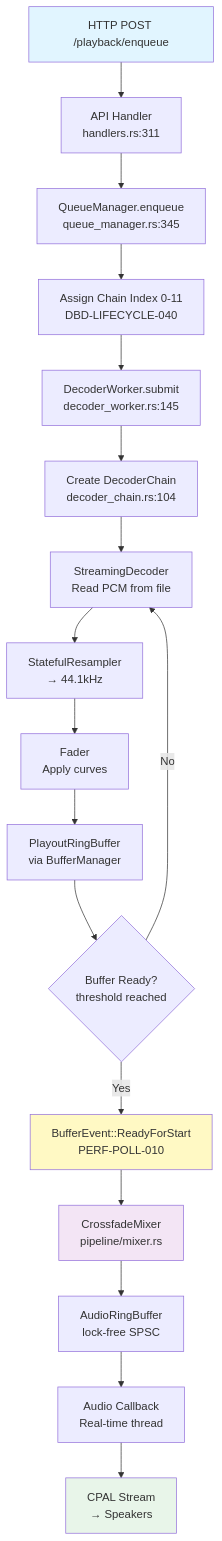
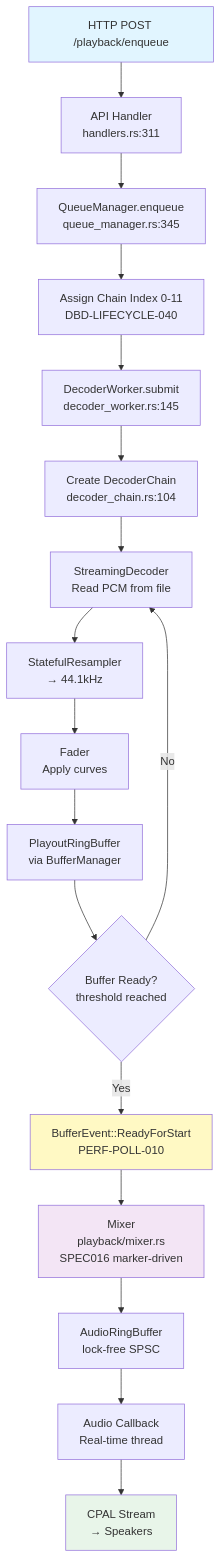
The first of 9 diagrams in docs/GUIDE003_audio_pipeline_diagrams.md (MangoCats/McRhythm), drawn with Mermaid before and after one commit. The commit also changed other lines of this file and 1 other file, not shown here.

Commit message:
mixer refactor getting better

````diff
--- a/docs/GUIDE003_audio_pipeline_diagrams.md
+++ b/docs/GUIDE003_audio_pipeline_diagrams.md
@@ -29,27 +29,27 @@
 ```mermaid
 flowchart TD
     Start[HTTP POST /playback/enqueue] --> API[API Handler<br/>handlers.rs:311]
     API --> Queue[QueueManager.enqueue<br/>queue_manager.rs:345]
     Queue --> Chain[Assign Chain Index 0-11<br/>DBD-LIFECYCLE-040]
     Chain --> Submit[DecoderWorker.submit<br/>decoder_worker.rs:145]
     Submit --> Create[Create DecoderChain<br/>decoder_chain.rs:104]
 
     Create --> Decode[StreamingDecoder<br/>Read PCM from file]
     Decode --> Resample[StatefulResampler<br/>→ 44.1kHz]
     Resample --> Fade[Fader<br/>Apply curves]
     Fade --> Buffer[PlayoutRingBuffer<br/>via BufferManager]
 
     Buffer --> Ready{Buffer Ready?<br/>threshold reached}
     Ready -->|Yes| Event[BufferEvent::ReadyForStart<br/>PERF-POLL-010]
     Ready -->|No| Decode
 
-    Event --> Mixer[CrossfadeMixer<br/>pipeline/mixer.rs]
+    Event --> Mixer[Mixer<br/>playback/mixer.rs<br/>SPEC016 marker-driven]
     Mixer --> Ring[AudioRingBuffer<br/>lock-free SPSC]
     Ring --> Callback[Audio Callback<br/>Real-time thread]
     Callback --> Output[CPAL Stream<br/>→ Speakers]
 
     style Start fill:#e1f5ff
     style Output fill:#e8f5e9
     style Event fill:#fff9c4
     style Mixer fill:#f3e5f5
 ```
````
